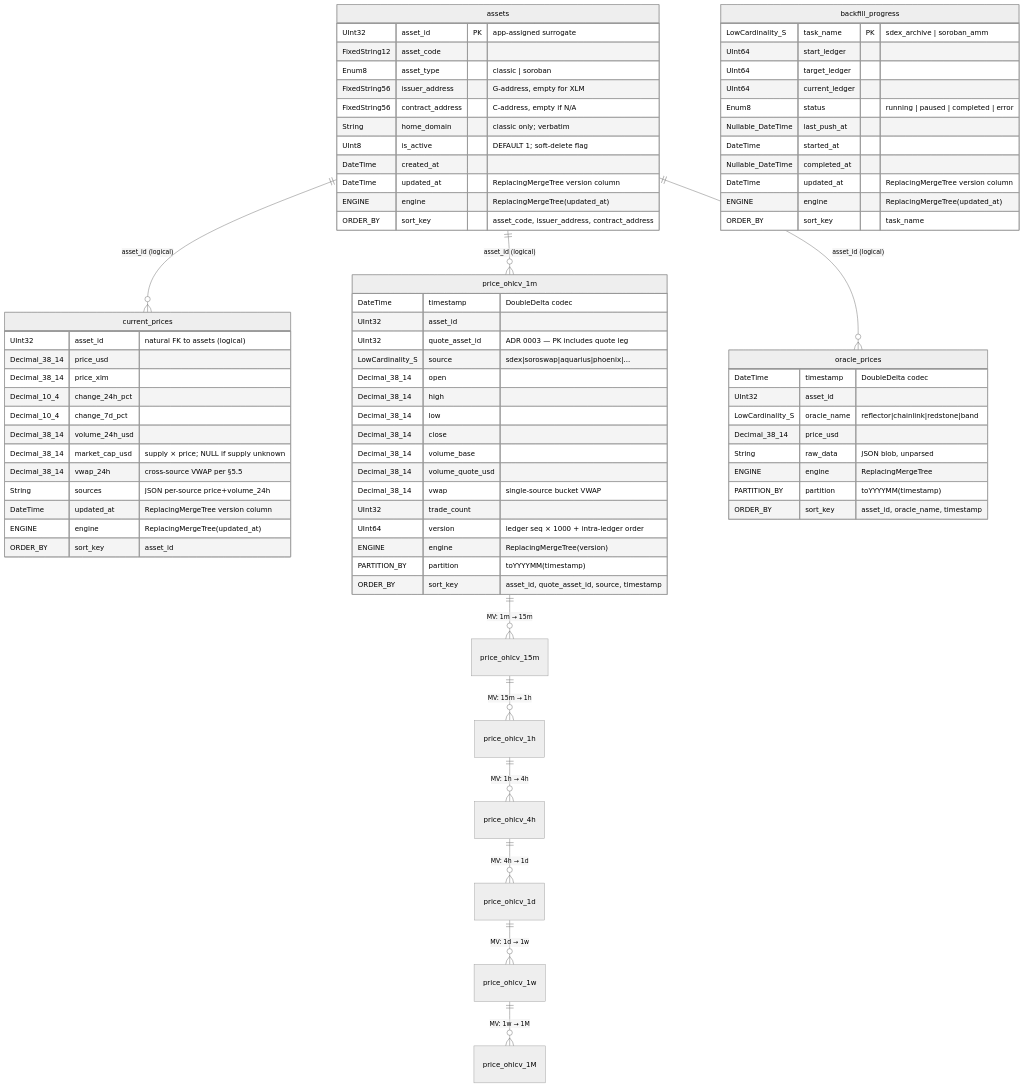
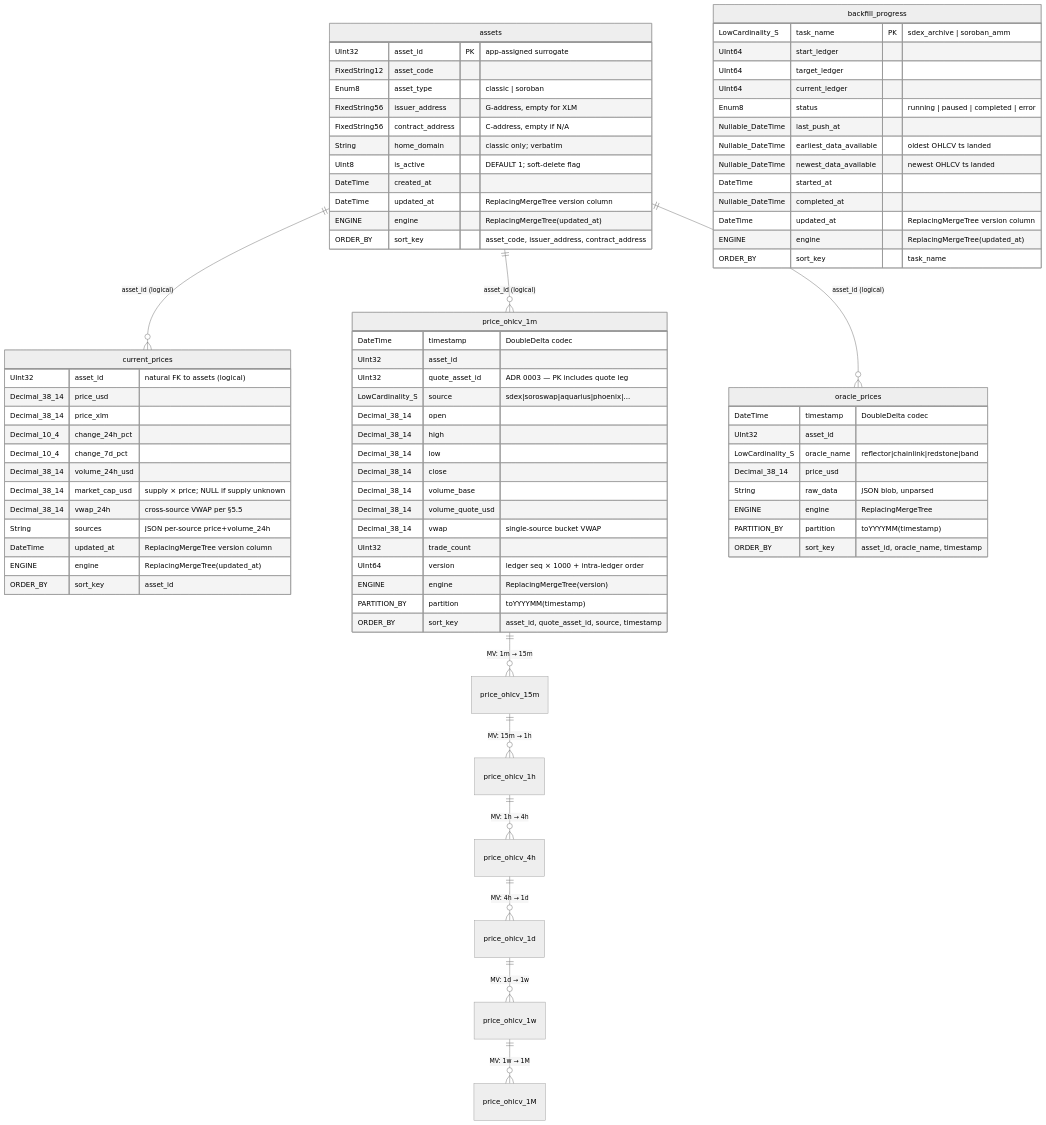
One commit to rumblefishdev/stellar-prices-api changed the third of 13 diagrams in docs/database-schema/database-schema-overview.md. Above: the diagram before and after it, drawn with Mermaid (neutral theme). The commit also changed other lines of this file and 1 other file, not shown here.

First line of the commit message:
docs(lore-0075): document every prices.* table in the schema overview

```diff
--- a/docs/database-schema/database-schema-overview.md
+++ b/docs/database-schema/database-schema-overview.md
@@ -272,6 +273,8 @@
         UInt64             current_ledger
         Enum8              status "running | paused | completed | error"
         Nullable_DateTime  last_push_at
+        Nullable_DateTime  earliest_data_available "oldest OHLCV ts landed"
+        Nullable_DateTime  newest_data_available "newest OHLCV ts landed"
         DateTime           started_at
         Nullable_DateTime  completed_at
         DateTime           updated_at "ReplacingMergeTree version column"
```
